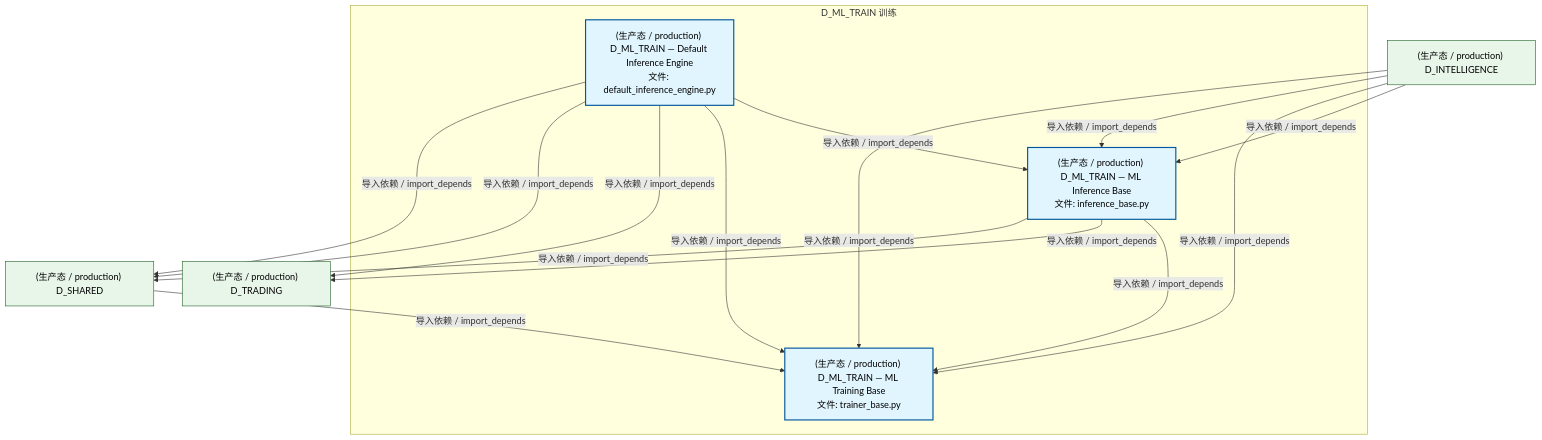
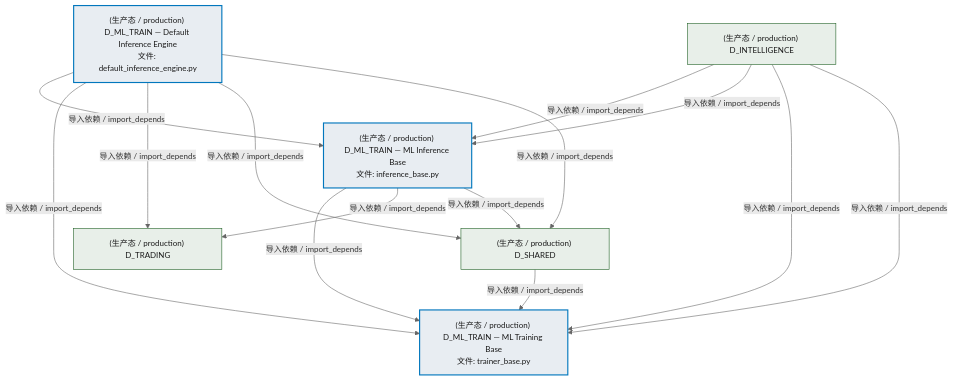
The second of 4 diagrams in docs/02_enterprise_architecture/02_domain_architecture_docs/61_d_ml_train.md (xuanFelixVan/ZephyrAlpha), drawn with Mermaid before and after one commit. The commit also changed other lines of this file and 76 other files, not shown here.

````diff
--- a/docs/02_enterprise_architecture/02_domain_architecture_docs/61_d_ml_train.md
+++ b/docs/02_enterprise_architecture/02_domain_architecture_docs/61_d_ml_train.md
@@ -101,30 +101,29 @@
 ```mermaid
-graph TD
-    subgraph D_ML_TRAIN["D_ML_TRAIN 训练"]
-        src_zephyr_ml_train_implementations_default_inference_engine_py["(生产态 / production) D_ML_TRAIN — Default Inference Engine<br/>文件: default_inference_engine.py"]
-        src_zephyr_ml_train_inference_base_py["(生产态 / production) D_ML_TRAIN — ML Inference Base<br/>文件: inference_base.py"]
-        src_zephyr_ml_train_trainer_base_py["(生产态 / production) D_ML_TRAIN — ML Training Base<br/>文件: trainer_base.py"]
-    end
+%%{init: {'theme': 'base', 'themeVariables': {'primaryColor': '#eaeaea', 'primaryTextColor': '#333333', 'primaryBorderColor': '#666666', 'lineColor': '#666666', 'secondaryColor': '#eaeaea', 'tertiaryColor': '#eaeaea', 'fontSize': '14px'}}}%%
+flowchart TD
+    src_zephyr_ml_train_implementations_default_inference_engine_py["(生产态 / production) D_ML_TRAIN — Default Inference Engine<br/>文件: default_inference_engine.py"]
+    src_zephyr_ml_train_inference_base_py["(生产态 / production) D_ML_TRAIN — ML Inference Base<br/>文件: inference_base.py"]
+    src_zephyr_ml_train_trainer_base_py["(生产态 / production) D_ML_TRAIN — ML Training Base<br/>文件: trainer_base.py"]
     src_zephyr_ml_train_inference_base_py -->|导入依赖 / import_depends| src_zephyr_ml_train_trainer_base_py
     src_zephyr_ml_train_implementations_default_inference_engine_py -->|导入依赖 / import_depends| src_zephyr_ml_train_inference_base_py
     src_zephyr_ml_train_implementations_default_inference_engine_py -->|导入依赖 / import_depends| src_zephyr_ml_train_trainer_base_py
     D_TRADING["(生产态 / production) D_TRADING"]
     src_zephyr_ml_train_inference_base_py -->|导入依赖 / import_depends| D_TRADING
     D_SHARED["(生产态 / production) D_SHARED"]
     src_zephyr_ml_train_inference_base_py -->|导入依赖 / import_depends| D_SHARED
     src_zephyr_ml_train_implementations_default_inference_engine_py -->|导入依赖 / import_depends| D_TRADING
     src_zephyr_ml_train_implementations_default_inference_engine_py -->|导入依赖 / import_depends| D_SHARED
     src_zephyr_ml_train_implementations_default_inference_engine_py -->|导入依赖 / import_depends| D_SHARED
     D_INTELLIGENCE["(生产态 / production) D_INTELLIGENCE"]
     D_INTELLIGENCE -->|导入依赖 / import_depends| src_zephyr_ml_train_inference_base_py
+    D_INTELLIGENCE -->|导入依赖 / import_depends| src_zephyr_ml_train_inference_base_py
     D_INTELLIGENCE -->|导入依赖 / import_depends| src_zephyr_ml_train_trainer_base_py
     D_SHARED -->|导入依赖 / import_depends| src_zephyr_ml_train_trainer_base_py
-    D_INTELLIGENCE -->|导入依赖 / import_depends| src_zephyr_ml_train_inference_base_py
     D_INTELLIGENCE -->|导入依赖 / import_depends| src_zephyr_ml_train_trainer_base_py
-    classDef production fill:#e1f5fe,stroke:#01579b,stroke-width:2px,color:#000
-    classDef design fill:#fff3e0,stroke:#e65100,stroke-width:2px,color:#000,stroke-dasharray: 5 5
-    classDef external_prod fill:#e8f5e9,stroke:#1b5e20,stroke-width:1px,color:#000
-    classDef external_design fill:#fce4ec,stroke:#880e4f,stroke-width:1px,color:#000,stroke-dasharray: 5 5
+    classDef production fill:#e8edf2,stroke:#0277bd,stroke-width:2px,color:#1a1a1a
+    classDef design fill:#f0ebe3,stroke:#bf360c,stroke-width:2px,color:#1a1a1a,stroke-dasharray: 5 5
+    classDef external_prod fill:#e8efe9,stroke:#1b5e20,stroke-width:1px,color:#1a1a1a
+    classDef external_design fill:#efe5ea,stroke:#880e4f,stroke-width:1px,color:#1a1a1a,stroke-dasharray: 5 5
     class src_zephyr_ml_train_implementations_default_inference_engine_py,src_zephyr_ml_train_inference_base_py,src_zephyr_ml_train_trainer_base_py production
     class D_TRADING,D_SHARED,D_INTELLIGENCE external_prod
 ```
````
